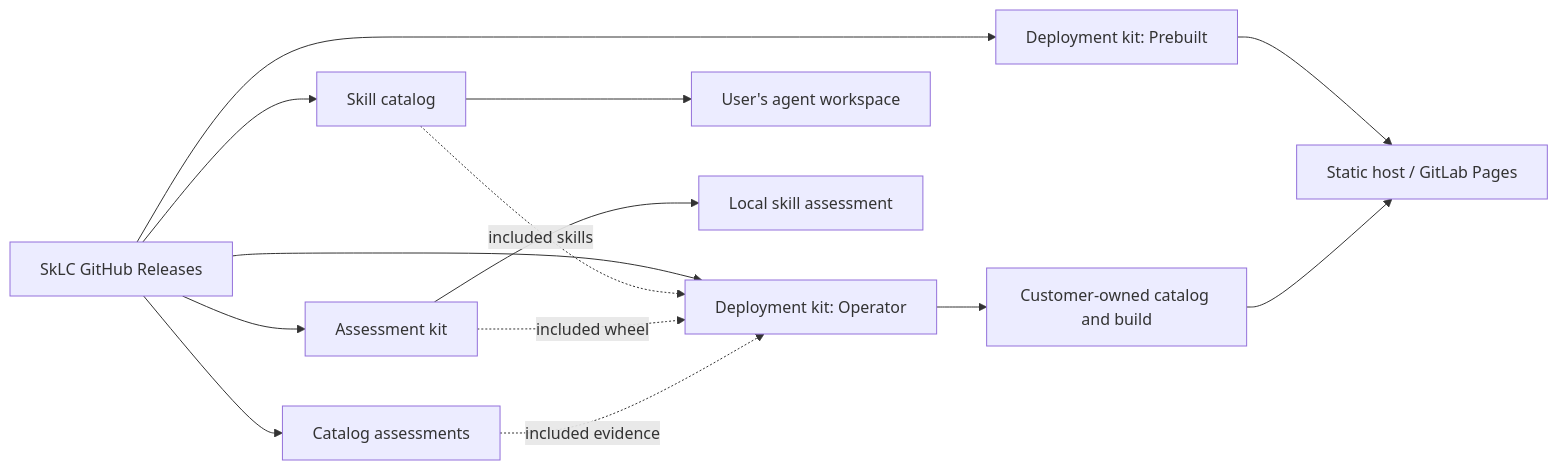
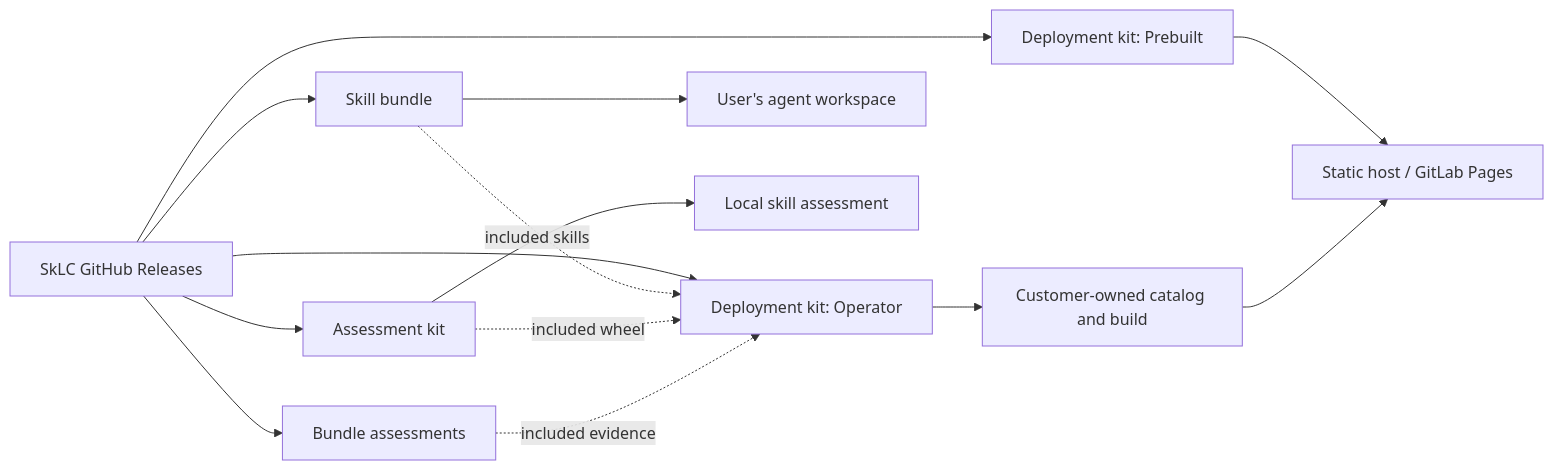
Before and after one commit to Code-dot-mil/SkLC: the first of 2 diagrams in docs/architecture.md, drawn with Mermaid. The commit also changed other lines of this file and 40 other files, not shown here.

First line of the commit message:
refactor: rename skill catalog to skill bundle (#105)

````diff
--- a/docs/architecture.md
+++ b/docs/architecture.md
@@ -18,17 +18,17 @@
 ```mermaid
 flowchart LR
   releases["SkLC GitHub Releases"]
-  releases --> catalog["Skill catalog"]
+  releases --> bundle["Skill bundle"]
   releases --> assessment["Assessment kit"]
   releases --> prebuilt["Deployment kit: Prebuilt"]
   releases --> operator["Deployment kit: Operator"]
-  releases --> evidence["Catalog assessments"]
-  catalog --> workspace["User's agent workspace"]
+  releases --> evidence["Bundle assessments"]
+  bundle --> workspace["User's agent workspace"]
   assessment --> local["Local skill assessment"]
   prebuilt --> host["Static host / GitLab Pages"]
   operator --> instance["Customer-owned catalog and build"]
   instance --> host
-  catalog -. "included skills" .-> operator
+  bundle -. "included skills" .-> operator
   assessment -. "included wheel" .-> operator
   evidence -. "included evidence" .-> operator
 ```
````
